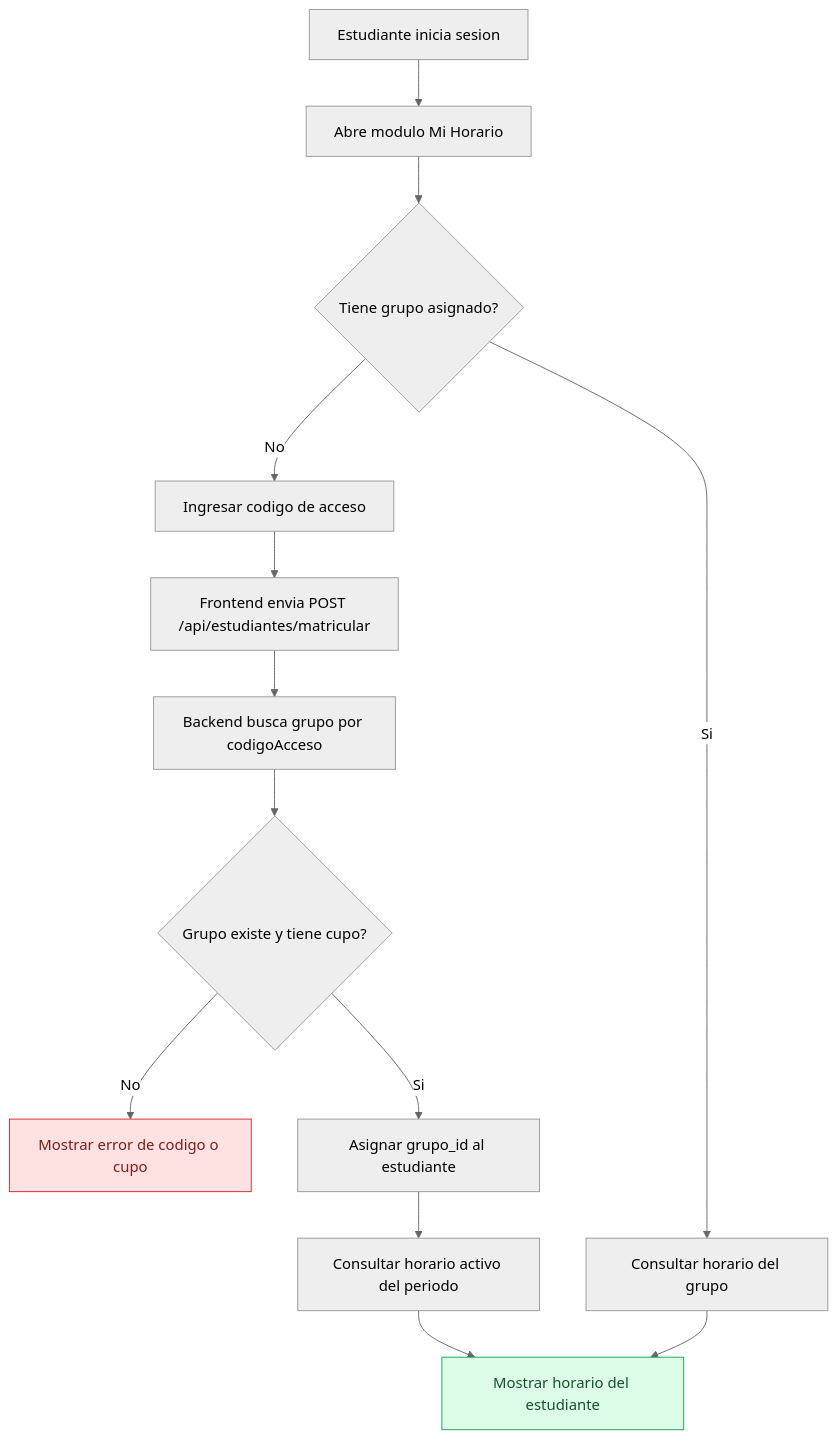
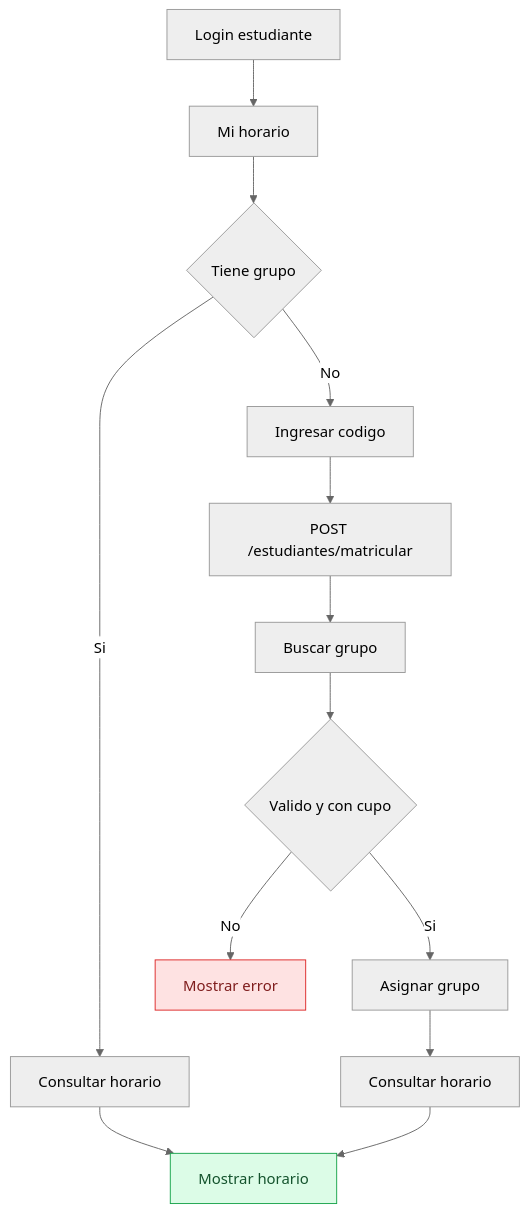
Before and after one commit to Proyecto-grado-ucc/proyectoGrado-server: the diagram in docs/diagramas/17_flujo_inscripcion_estudiante_grupo.mmd, drawn with Mermaid (neutral theme). The commit also changed 26 other files, not shown here.

Commit message:
docs: improve diagram readability

```diff
--- a/docs/diagramas/17_flujo_inscripcion_estudiante_grupo.mmd
+++ b/docs/diagramas/17_flujo_inscripcion_estudiante_grupo.mmd
@@ -1,18 +1,18 @@
 flowchart TD
-  A[Estudiante inicia sesion] --> B[Abre modulo Mi Horario]
-  B --> C{Tiene grupo asignado?}
-  C -- Si --> D[Consultar horario del grupo]
-  C -- No --> E[Ingresar codigo de acceso]
-  E --> F[Frontend envia POST /api/estudiantes/matricular]
-  F --> G[Backend busca grupo por codigoAcceso]
-  G --> H{Grupo existe y tiene cupo?}
-  H -- No --> I[Mostrar error de codigo o cupo]
-  H -- Si --> J[Asignar grupo_id al estudiante]
-  J --> K[Consultar horario activo del periodo]
-  K --> L[Mostrar horario del estudiante]
-  D --> L
+  A["Login estudiante"] --> B["Mi horario"]
+  B --> C{"Tiene grupo"}
+  C -- "Si" --> D["Consultar horario"]
+  C -- "No" --> E["Ingresar codigo"]
+  E --> F["POST /estudiantes/matricular"]
+  F --> G["Buscar grupo"]
+  G --> H{"Valido y con cupo"}
+  H -- "No" --> I["Mostrar error"]
+  H -- "Si" --> J["Asignar grupo"]
+  J --> K["Consultar horario"]
+  D --> L["Mostrar horario"]
+  K --> L
 
   classDef ok fill:#dcfce7,stroke:#16a34a,color:#14532d
   classDef warn fill:#fee2e2,stroke:#dc2626,color:#7f1d1d
   class L ok
   class I warn
```
